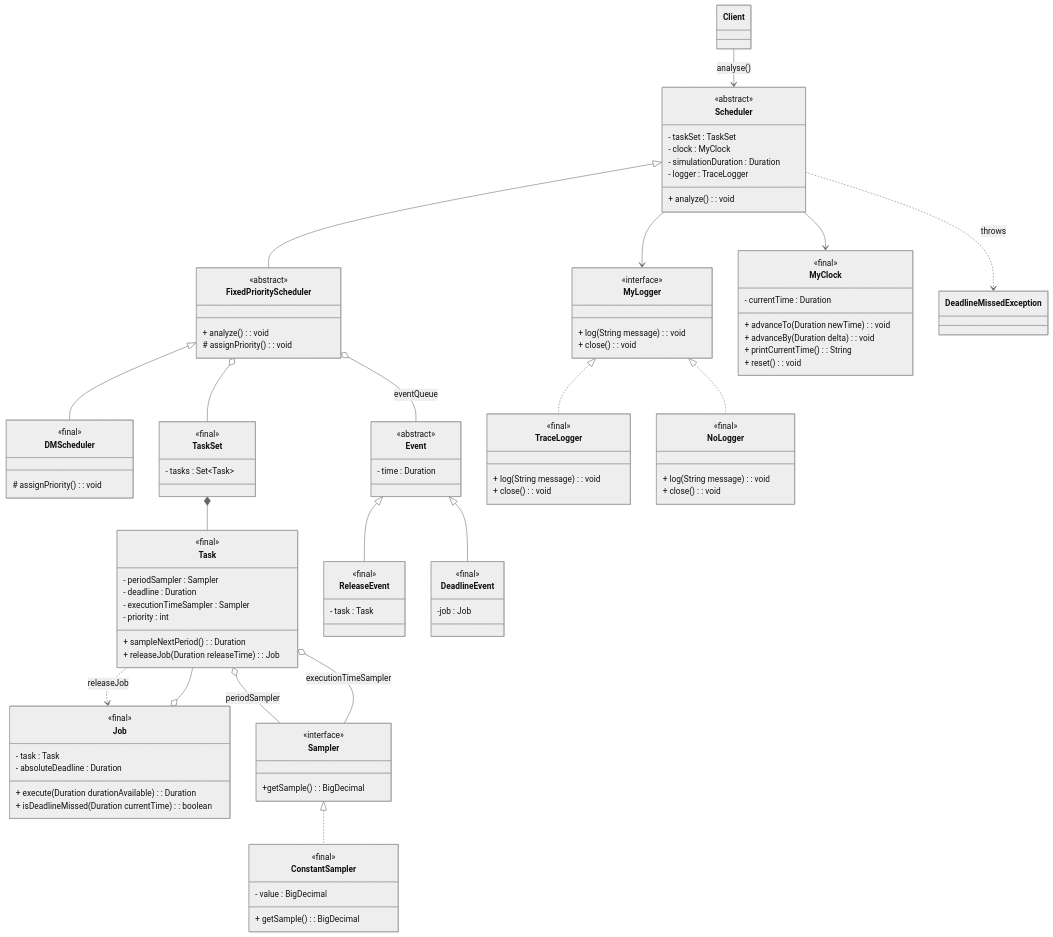
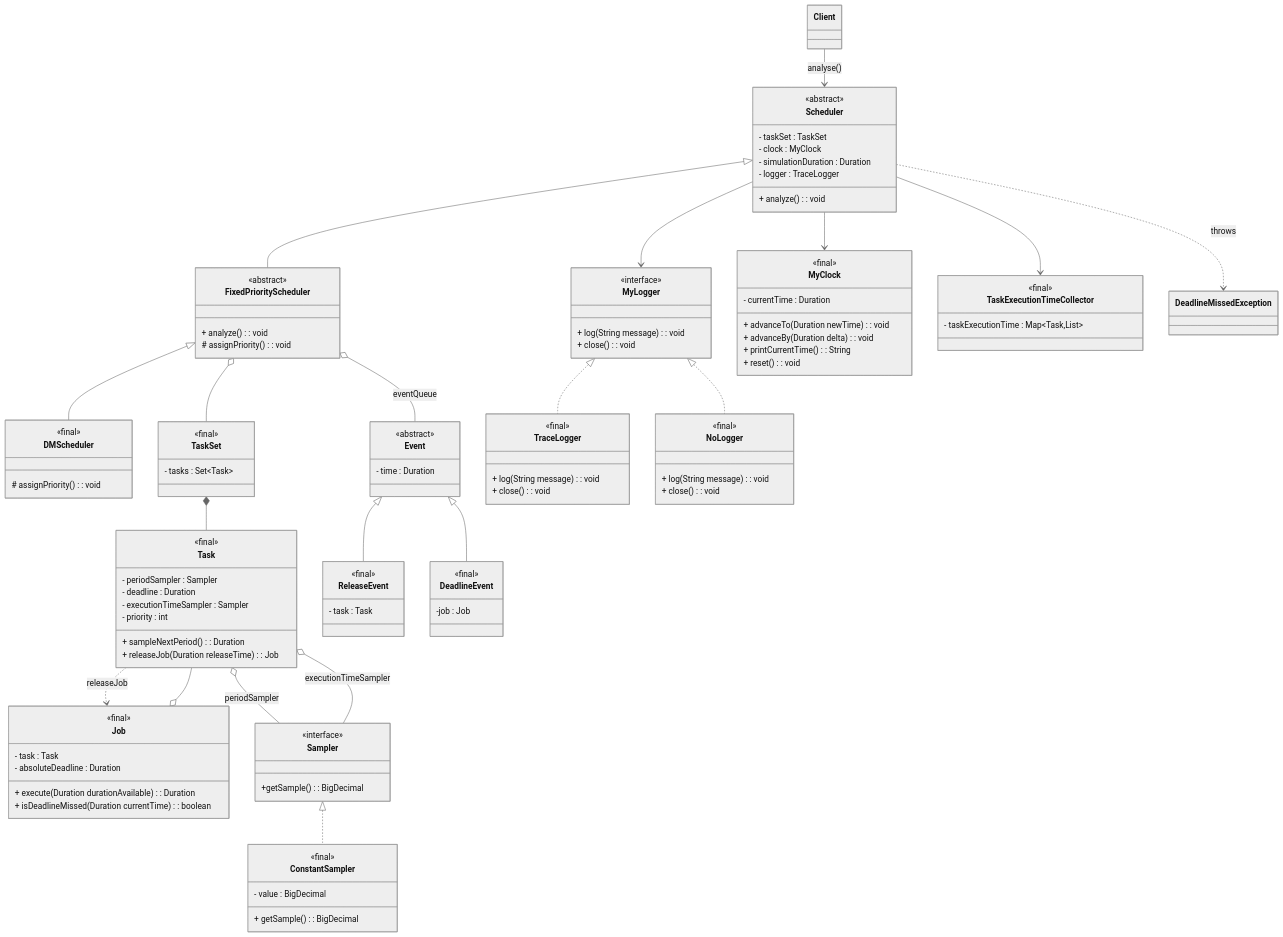
Before and after one commit to edoardosarri24/probabilistic-soft-real-time-analysis: the diagram in report/images/1-simulator/class_diagram.mmd, drawn with Mermaid (neutral theme). The commit also changed 8 other files, not shown here.

Commit message:
retrives all task execution time sampled during the simulation

```diff
--- a/report/images/1-simulator/class_diagram.mmd
+++ b/report/images/1-simulator/class_diagram.mmd
@@ -1,128 +1,134 @@
 classDiagram
 
     %% Scheduler
     class Scheduler {
         <<abstract>>
         - taskSet : TaskSet
         - clock : MyClock
         - simulationDuration : Duration
         - logger : TraceLogger
         + analyze() : void
     }
 
     class FixedPriorityScheduler {
         <<abstract>>
         + analyze() : void
         # assignPriority() : void
     }
 
     class DMScheduler {
         <<final>>
         # assignPriority() : void
     }
 
     %% TaskSet
     class TaskSet {
         <<final>>
         - tasks : Set~Task~
     }
 
     class Task {
         <<final>>
         - periodSampler : Sampler
         - deadline : Duration
         - executionTimeSampler : Sampler
         - priority : int
         + sampleNextPeriod() : Duration
         + releaseJob(Duration releaseTime) : Job
     }
 
     class Job {
         <<final>>
         - task : Task
         - absoluteDeadline : Duration
         + execute(Duration durationAvailable) : Duration
         + isDeadlineMissed(Duration currentTime) : boolean
     }
 
     %% Event
     class Event {
         <<abstract>>
         - time : Duration
     }
 
     class ReleaseEvent {
         <<final>>
         - task : Task
     }
 
     class DeadlineEvent {
         <<final>>
         -job : Job
     }
 
     %% Logger
     class MyLogger {
         <<interface>>
         + log(String message) : void
         + close() : void
     }
 
     class TraceLogger {
         <<final>>
         + log(String message) : void
         + close() : void
     }
 
     class NoLogger {
         <<final>>
         + log(String message) : void
         + close() : void
     }
 
     %% Utils
     class MyClock {
         <<final>>
         - currentTime : Duration
         + advanceTo(Duration newTime) : void
         + advanceBy(Duration delta) : void
         + printCurrentTime() : String
         + reset() : void
     }
 
     class Sampler {
         <<interface>>
         +getSample() : BigDecimal
     }
 
     class ConstantSampler {
         <<final>>
         - value : BigDecimal
         + getSample() : BigDecimal
     }
 
+    class TaskExecutionTimeCollector{
+        <<final>>
+        - taskExecutionTime : Map~Task,List~
+    }
+
     %% Relationships
     Client --> Scheduler : analyse()
     %% Scheduler
     Scheduler <|-- FixedPriorityScheduler
     FixedPriorityScheduler <|-- DMScheduler
     Scheduler --> MyClock
     Scheduler --> MyLogger
+    Scheduler --> TaskExecutionTimeCollector
     FixedPriorityScheduler o-- TaskSet
     FixedPriorityScheduler o-- Event : eventQueue
     Scheduler ..> DeadlineMissedException : throws
     %% TaskSet
     TaskSet *-- Task
     Job o-- Task
     Task o-- Sampler : periodSampler
     Task o-- Sampler : executionTimeSampler
     Task ..> Job : releaseJob
     %% Event
     Event <|-- ReleaseEvent
     Event <|-- DeadlineEvent
     %% Logger
     MyLogger <|.. TraceLogger
     MyLogger <|.. NoLogger
 
     %% Utils
     Sampler <|.. ConstantSampler
```
